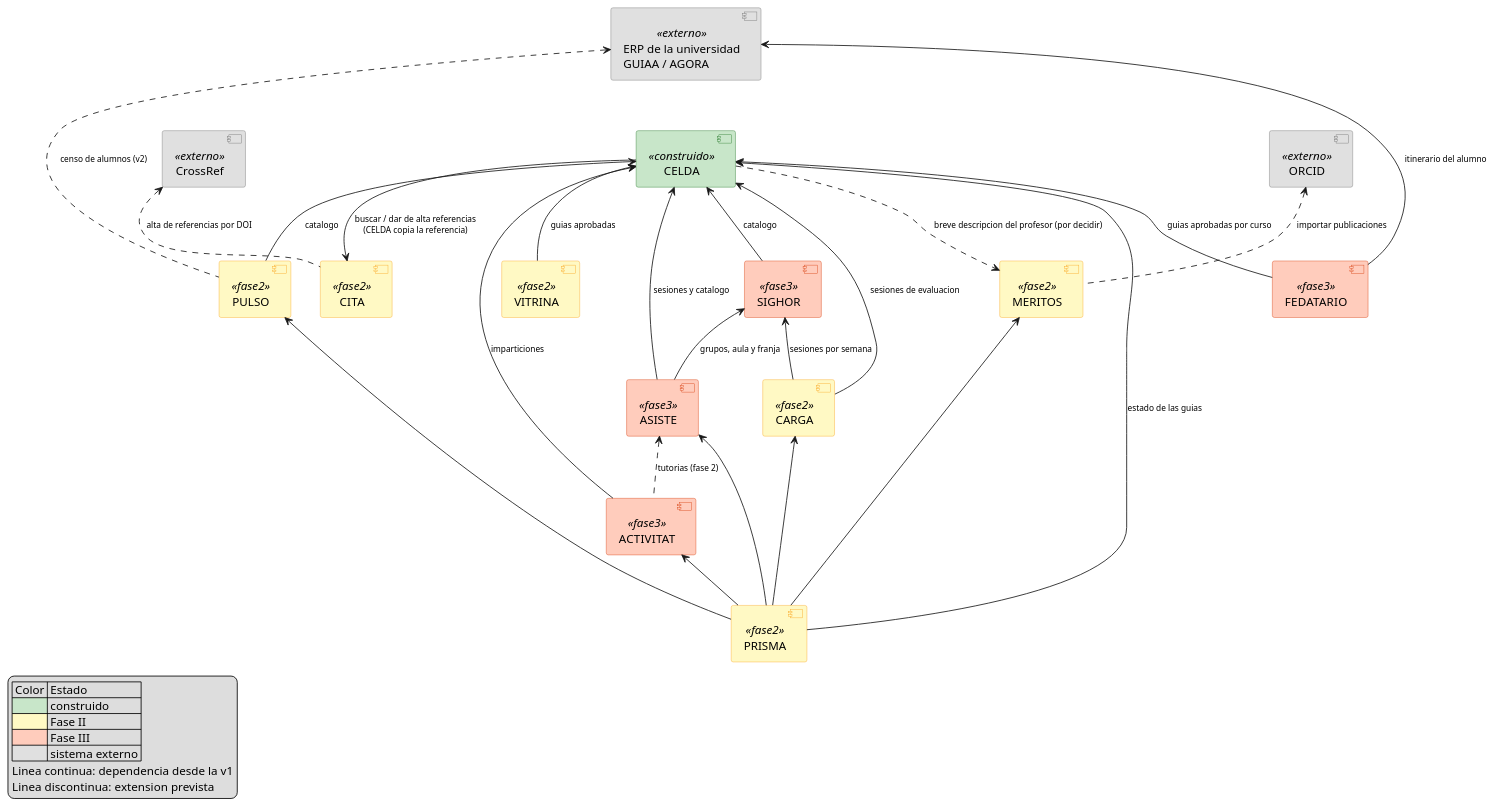
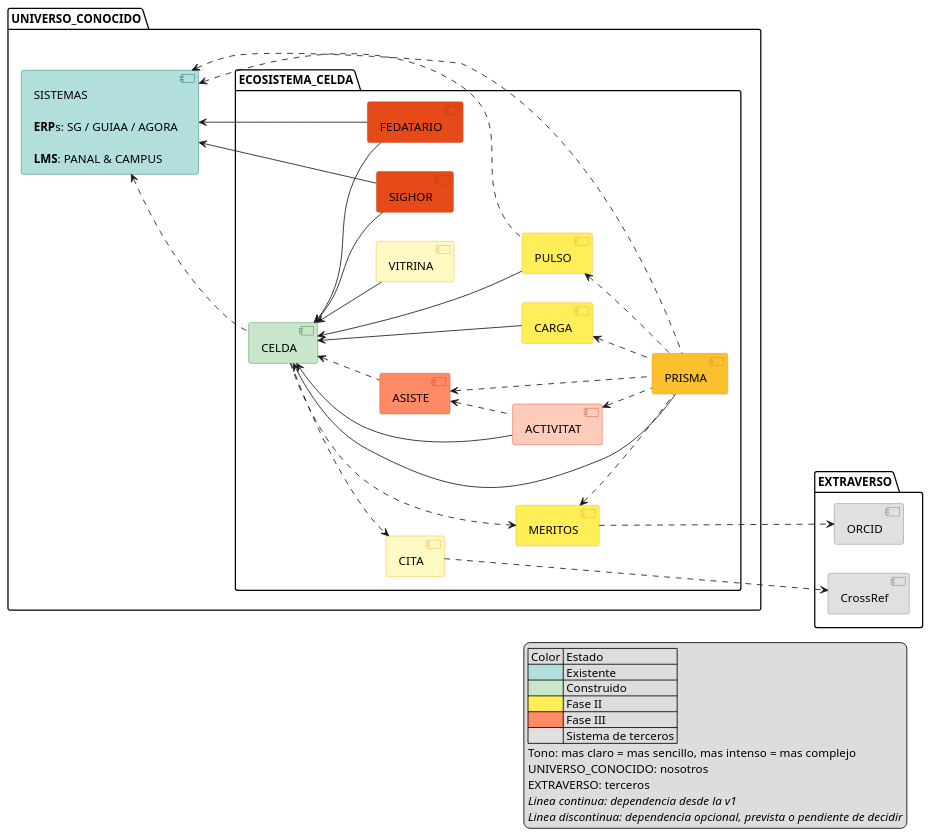
One commit to mmasias/_AGORA changed the diagram in modelosUML/mapaDependencias.puml. Above: the diagram before and after it, drawn with PlantUML. The commit also changed 1 other file, not shown here.

Commit message:
docs(mapa): paquetes organización/ecosistema/terceros, tonos por complejidad y revisión de las 23 flechas
Sesión: ClaudeF-Consultor-SDF1, con ajustes de Manuel. Revisión flecha a flecha en conversación (2026-10-04).

```diff
--- a/modelosUML/mapaDependencias.puml
+++ b/modelosUML/mapaDependencias.puml
@@ -1,86 +1,117 @@
 @startuml
 
+hide stereotype
+left to right direction
+
 skinparam component {
+  BorderColor<<existente>> #00695C
   BorderColor<<construido>> #2E7D32
-  BorderColor<<fase2>> #F9A825
-  BorderColor<<fase3>> #D84315
+  BorderColor<<fase2_baja>> #F9A825
+  BorderColor<<fase2_media>> #F9A825
+  BorderColor<<fase2_alta>> #F57F17
+  BorderColor<<fase3_baja>> #D84315
+  BorderColor<<fase3_media>> #D84315
+  BorderColor<<fase3_alta>> #BF360C
   BorderColor<<externo>> #757575
+  BackgroundColor<<existente>> #B2DFDB
   BackgroundColor<<construido>> #C8E6C9
-  BackgroundColor<<fase2>> #FFF9C4
-  BackgroundColor<<fase3>> #FFCCBC
+  BackgroundColor<<fase2_baja>> #FFF9C4
+  BackgroundColor<<fase2_media>> #FFEE58
+  BackgroundColor<<fase2_alta>> #FBC02D
+  BackgroundColor<<fase3_baja>> #FFCCBC
+  BackgroundColor<<fase3_media>> #FF8A65
+  BackgroundColor<<fase3_alta>> #E64A19
   BackgroundColor<<externo>> #E0E0E0
 }
 
-' === Fuentes ===
+package UNIVERSO_CONOCIDO {
 
-component "CELDA" <<construido>> as CELDA
-component "ERP de la universidad\nGUIAA / AGORA" <<externo>> as ERP
+  ' === Sistemas ya construidos de la organizacion (se consumen, no se construyen aqui) ===
 
-component "ORCID" <<externo>> as ORCID
-component "CrossRef" <<externo>> as CROSSREF
+  component "SISTEMAS\n\n<b>ERP</b>s: SG / GUIAA / AGORA\n\n<b>LMS</b>: PANAL & CAMPUS" <<existente>> as ERP
 
-' === Satelites Fase II ===
+  ' === Lo que se construye aqui ===
 
-component "MERITOS" <<fase2>> as MERITOS
-component "PULSO" <<fase2>> as PULSO
-component "VITRINA" <<fase2>> as VITRINA
-component "CITA" <<fase2>> as CITA
-component "CARGA" <<fase2>> as CARGA
-component "PRISMA" <<fase2>> as PRISMA
+  package ECOSISTEMA_CELDA {
 
-' === Satelites Fase III ===
+    component "CELDA" <<construido>> as CELDA
 
-component "SIGHOR" <<fase3>> as SIGHOR
-component "ASISTE" <<fase3>> as ASISTE
-component "FEDATARIO" <<fase3>> as FEDATARIO
-component "ACTIVITAT" <<fase3>> as ACTIVITAT
+    ' === Satelites Fase II ===
+
+    component "MERITOS" <<fase2_media>> as MERITOS
+    component "PULSO" <<fase2_media>> as PULSO
+    component "VITRINA" <<fase2_baja>> as VITRINA
+    component "CITA" <<fase2_baja>> as CITA
+    component "CARGA" <<fase2_media>> as CARGA
+    component "PRISMA" <<fase2_alta>> as PRISMA
+
+    ' === Satelites Fase III ===
+
+    component "SIGHOR" <<fase3_alta>> as SIGHOR
+    component "ASISTE" <<fase3_media>> as ASISTE
+    component "FEDATARIO" <<fase3_alta>> as FEDATARIO
+    component "ACTIVITAT" <<fase3_baja>> as ACTIVITAT
+
+  }
+
+}
+
+package EXTRAVERSO {
+  component "ORCID" <<externo>> as ORCID
+  component "CrossRef" <<externo>> as CROSSREF
+
+}
+
 
 ' === Consumos sobre CELDA ===
 
-PULSO -up-> CELDA : <sub>catalogo</sub>
-VITRINA -up-> CELDA : <sub>guias aprobadas</sub>
-CARGA -up-> CELDA : <sub>sesiones de evaluacion</sub>
-ASISTE -up-> CELDA : <sub>sesiones y catalogo</sub>
-SIGHOR -up-> CELDA : <sub>catalogo</sub>
-ACTIVITAT -up-> CELDA : <sub>imparticiones</sub>
-FEDATARIO -up-> CELDA : <sub>guias aprobadas por curso</sub>
-PRISMA -up-> CELDA : <sub>estado de las guias</sub>
+PULSO -up-> CELDA
+VITRINA -up-> CELDA
+CARGA -up-> CELDA
+SIGHOR -up-> CELDA
+ACTIVITAT -up-> CELDA
+FEDATARIO -up-> CELDA
+PRISMA -up-> CELDA
 
 ' === CELDA sobre satelites ===
 
-CELDA -down-> CITA : <sub>buscar / dar de alta referencias</sub>\n<sub>(CELDA copia la referencia)</sub>
+CELDA .down.> CITA
 
 ' === Satelite a satelite ===
 
-CARGA -up-> SIGHOR : <sub>sesiones por semana</sub>
-ASISTE -up-> SIGHOR : <sub>grupos, aula y franja</sub>
-PRISMA -up-> MERITOS
-PRISMA -up-> PULSO
-PRISMA -up-> ASISTE
-PRISMA -up-> CARGA
-PRISMA -up-> ACTIVITAT
+PRISMA .up.> MERITOS
+PRISMA .up.> PULSO
+PRISMA .up.> ASISTE
+PRISMA .up.> CARGA
+PRISMA .up.> ACTIVITAT
 
 ' === Consumos sobre el ERP de la universidad ===
 
-FEDATARIO -up-> ERP : <sub>itinerario del alumno</sub>
-
-ERP -d[hidden]- CELDA
+FEDATARIO -up-> ERP
+SIGHOR -up-> ERP
 
 ' === Extensiones previstas ===
 
-PULSO .up.> ERP : <sub>censo de alumnos (v2)</sub>
-ACTIVITAT .up.> ASISTE : <sub>tutorias (fase 2)</sub>
-MERITOS .up.> ORCID : <sub>importar publicaciones</sub>
-CITA .up.> CROSSREF : <sub>alta de referencias por DOI</sub>
-CELDA ..> MERITOS : <sub>breve descripcion del profesor (por decidir)</sub>
+ASISTE .up.> CELDA
+CELDA .up.> ERP
+PULSO .up.> ERP
+PRISMA .up.> ERP
+ACTIVITAT .up.> ASISTE
+MERITOS ...down.> ORCID
+CITA ..down.> CROSSREF
+CELDA ..> MERITOS
 
-legend left
-  | Color | Estado |
-  |<#C8E6C9>| construido |
-  |<#FFF9C4>| Fase II |
-  |<#FFCCBC>| Fase III |
-  |<#E0E0E0>| sistema externo |
-  Linea continua: dependencia desde la v1
-  Linea discontinua: extension prevista
+legend right
+| Color | Estado |
+|<#B2DFDB>| Existente |
+|<#C8E6C9>| Construido |
+|<#FFEE58>| Fase II |
+|<#FF8A65>| Fase III |
+|<#E0E0E0>| Sistema de terceros |
+Tono: mas claro = mas sencillo, mas intenso = mas complejo
+UNIVERSO_CONOCIDO: nosotros
+EXTRAVERSO: terceros
+<i>Linea continua: dependencia desde la v1</i>
+<i>Linea discontinua: dependencia opcional, prevista o pendiente de decidir</i>
 end legend
 @enduml
```
